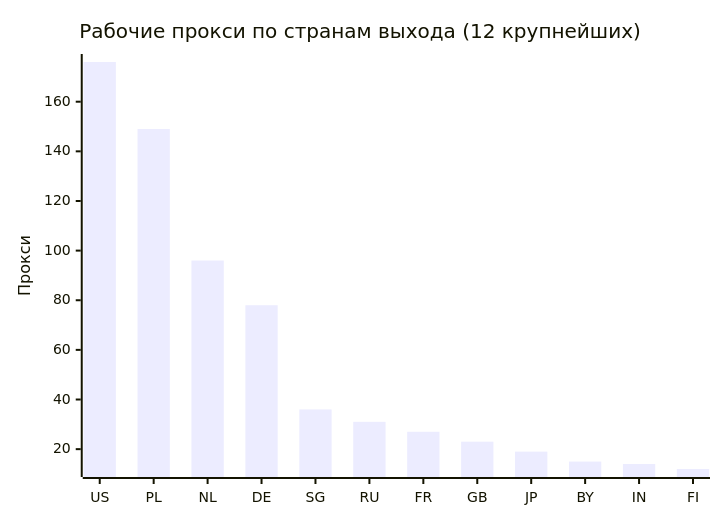
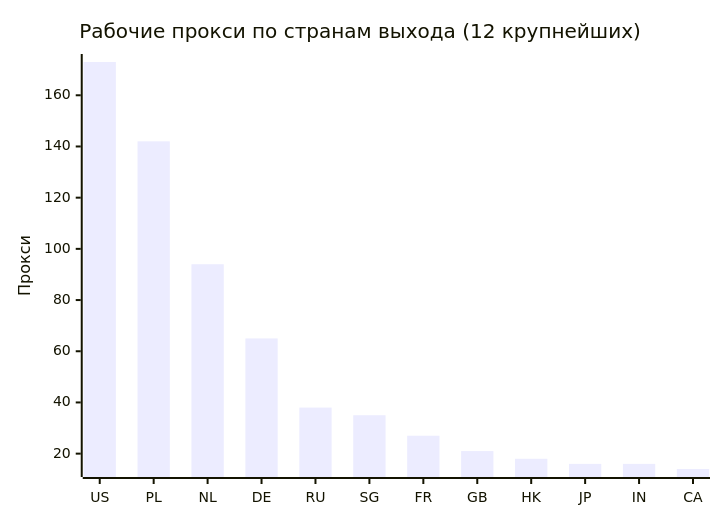
Before and after one commit to rvvg/proxy-subs: the second of 4 diagrams in README.md, drawn with Mermaid. The commit also changed other lines of this file and 47 other files, not shown here.

````diff
--- a/README.md
+++ b/README.md
@@ -129,7 +122,7 @@
 ```mermaid
 xychart-beta
     title "Рабочие прокси по странам выхода (12 крупнейших)"
-    x-axis ["US", "PL", "NL", "DE", "SG", "RU", "FR", "GB", "JP", "BY", "IN", "FI"]
+    x-axis ["US", "PL", "NL", "DE", "RU", "SG", "FR", "GB", "HK", "JP", "IN", "CA"]
     y-axis "Прокси"
-    bar [176, 149, 96, 78, 36, 31, 27, 23, 19, 15, 14, 12]
+    bar [173, 142, 94, 65, 38, 35, 27, 21, 18, 16, 16, 14]
 ```
````
